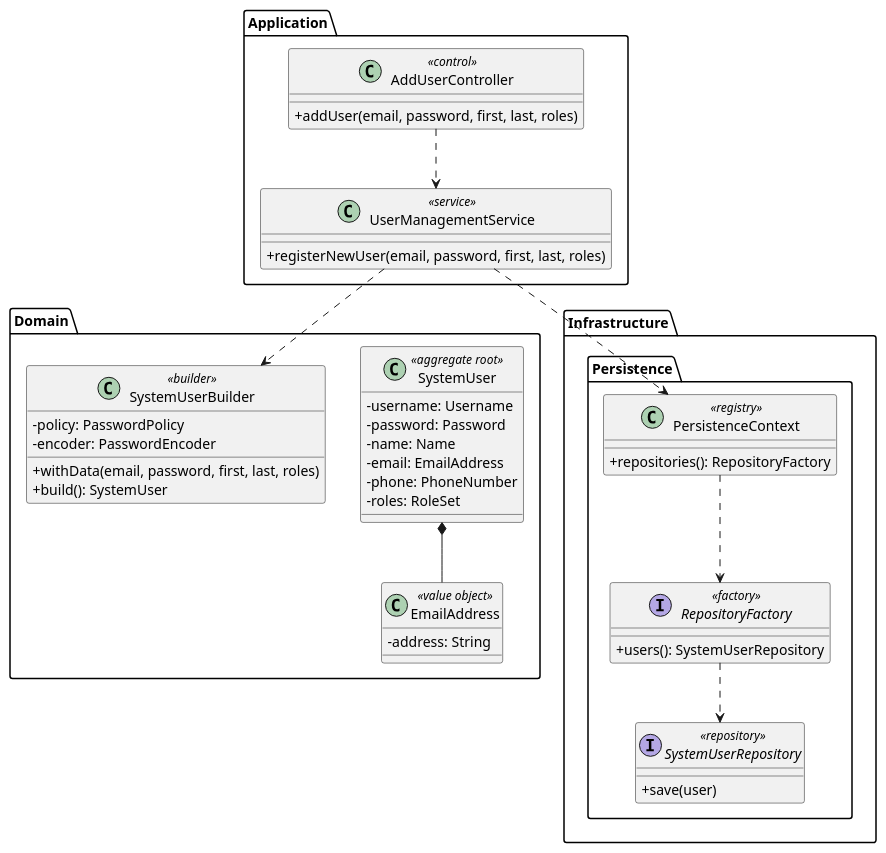
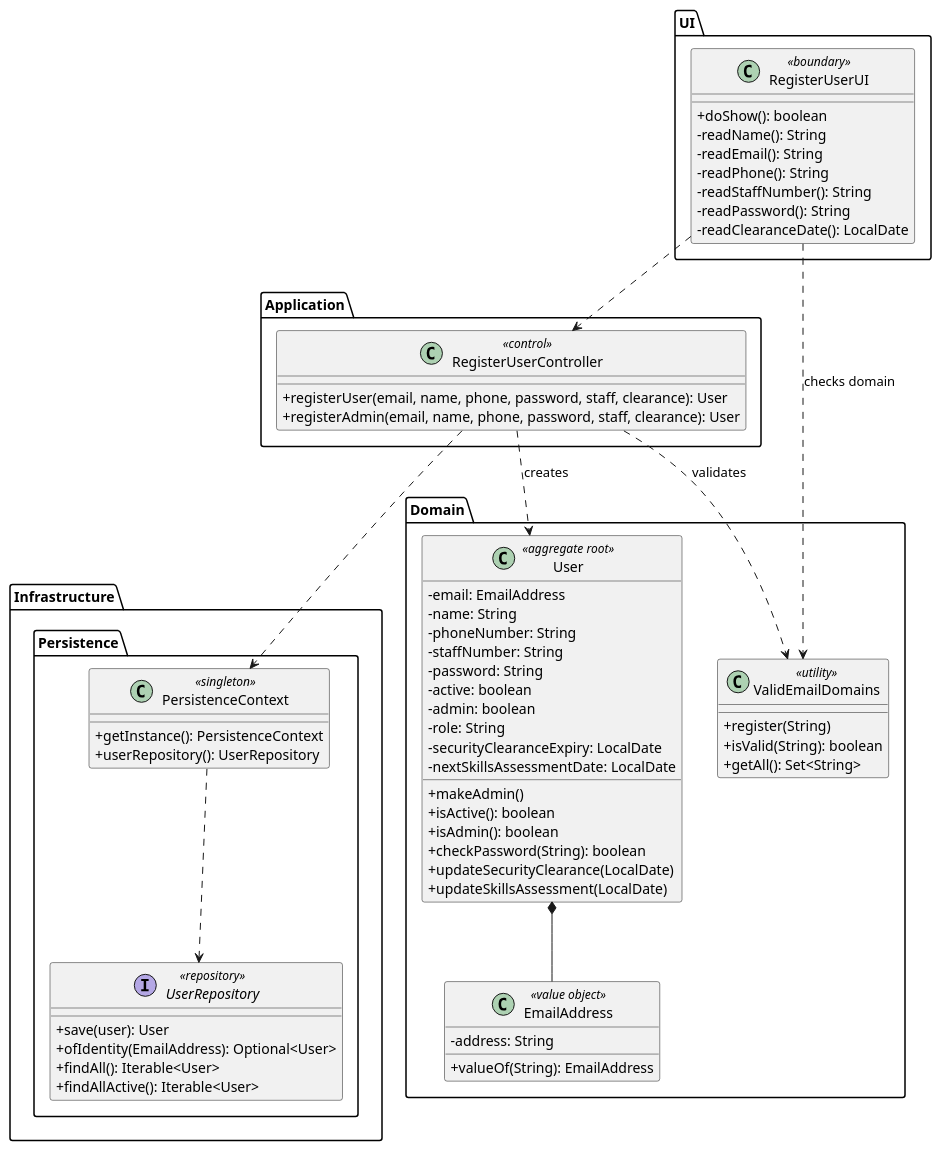
One commit to DuartePinto1240/sem4pi2526-sem4pi2526_2da2 changed the diagram in docs/Sprint 2/EAPLI/US031/puml/US031-class-diagram.puml. Above: the diagram before and after it, drawn with PlantUML. The commit also changed 16 other files, not shown here.

```diff
--- a/docs/Sprint 2/EAPLI/US031/puml/US031-class-diagram.puml
+++ b/docs/Sprint 2/EAPLI/US031/puml/US031-class-diagram.puml
@@ -1,51 +1,73 @@
 @startuml
 skinparam classAttributeIconSize 0
 
+package "UI" {
+  class RegisterUserUI <<boundary>> {
+    +doShow(): boolean
+    -readName(): String
+    -readEmail(): String
+    -readPhone(): String
+    -readStaffNumber(): String
+    -readPassword(): String
+    -readClearanceDate(): LocalDate
+  }
+}
+
 package "Application" {
-  class AddUserController <<control>> {
-    +addUser(email, password, first, last, roles)
-  }
-  class UserManagementService <<service>> {
-    +registerNewUser(email, password, first, last, roles)
+  class RegisterUserController <<control>> {
+    +registerUser(email, name, phone, password, staff, clearance): User
+    +registerAdmin(email, name, phone, password, staff, clearance): User
   }
 }
 
 package "Domain" {
-  class SystemUser <<aggregate root>> {
-    -username: Username
-    -password: Password
-    -name: Name
+  class User <<aggregate root>> {
     -email: EmailAddress
-    -phone: PhoneNumber
-    -roles: RoleSet
-  }
-  class SystemUserBuilder <<builder>> {
-    -policy: PasswordPolicy
-    -encoder: PasswordEncoder
-    +withData(email, password, first, last, roles)
-    +build(): SystemUser
+    -name: String
+    -phoneNumber: String
+    -staffNumber: String
+    -password: String
+    -active: boolean
+    -admin: boolean
+    -role: String
+    -securityClearanceExpiry: LocalDate
+    -nextSkillsAssessmentDate: LocalDate
+    +makeAdmin()
+    +isActive(): boolean
+    +isAdmin(): boolean
+    +checkPassword(String): boolean
+    +updateSecurityClearance(LocalDate)
+    +updateSkillsAssessment(LocalDate)
   }
   class EmailAddress <<value object>> {
     -address: String
+    +valueOf(String): EmailAddress
+  }
+  class ValidEmailDomains <<utility>> {
+    +register(String)
+    +isValid(String): boolean
+    +getAll(): Set<String>
   }
 }
 
 package "Infrastructure.Persistence" {
-  class PersistenceContext <<registry>> {
-    +repositories(): RepositoryFactory
+  class PersistenceContext <<singleton>> {
+    +getInstance(): PersistenceContext
+    +userRepository(): UserRepository
   }
-  interface RepositoryFactory <<factory>> {
-    +users(): SystemUserRepository
-  }
-  interface SystemUserRepository <<repository>> {
-    +save(user)
+  interface UserRepository <<repository>> {
+    +save(user): User
+    +ofIdentity(EmailAddress): Optional<User>
+    +findAll(): Iterable<User>
+    +findAllActive(): Iterable<User>
   }
 }
 
-AddUserController ..> UserManagementService
-UserManagementService ..> SystemUserBuilder
-UserManagementService ..> PersistenceContext
-PersistenceContext ..> RepositoryFactory
-RepositoryFactory ..> SystemUserRepository
-SystemUser *-- EmailAddress
+RegisterUserUI ..> RegisterUserController
+RegisterUserUI ..> ValidEmailDomains : checks domain
+RegisterUserController ..> ValidEmailDomains : validates
+RegisterUserController ..> PersistenceContext
+RegisterUserController ..> User : creates
+PersistenceContext ..> UserRepository
+User *-- EmailAddress
 @enduml
```
